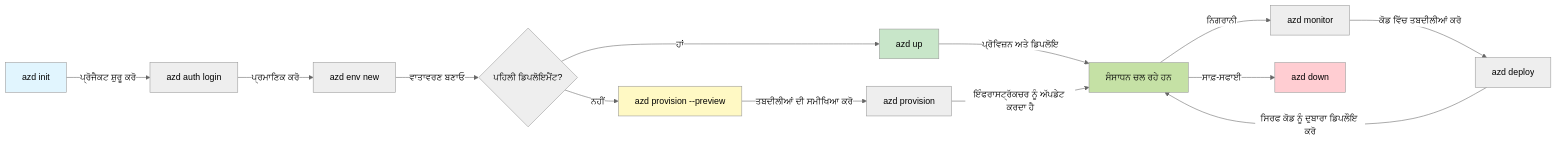
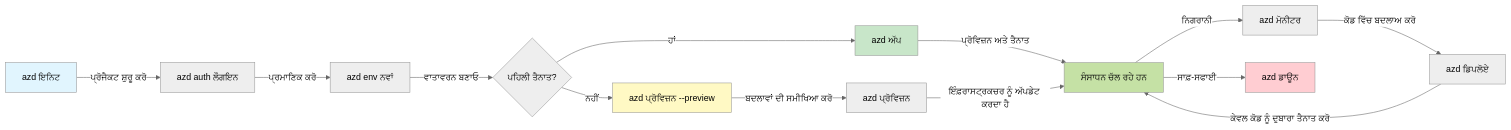
The first of 2 diagrams in translations/pa/docs/chapter-01-foundation/azd-basics.md (microsoft/AZD-for-beginners), drawn with Mermaid (neutral theme) before and after one commit. The commit also changed other lines of this file and 104 other files, not shown here.

````diff
--- a/translations/pa/docs/chapter-01-foundation/azd-basics.md
+++ b/translations/pa/docs/chapter-01-foundation/azd-basics.md
@@ -269,21 +269,21 @@
 ```mermaid
 graph LR
-    A[azd init] -->|ਪ੍ਰੋਜੈਕਟ ਸ਼ੁਰੂ ਕਰੋ| B[azd auth login]
-    B -->|ਪ੍ਰਮਾਣਿਕ ਕਰੋ| C[azd env new]
-    C -->|ਵਾਤਾਵਰਣ ਬਣਾਓ| D{ਪਹਿਲੀ ਡਿਪਲੋਇਮੈਂਟ?}
-    D -->|ਹਾਂ| E[azd up]
-    D -->|ਨਹੀਂ| F[azd provision --preview]
-    F -->|ਤਬਦੀਲੀਆਂ ਦੀ ਸਮੀਖਿਆ ਕਰੋ| G[azd provision]
-    E -->|ਪ੍ਰੋਵਿਜ਼ਨ ਅਤੇ ਡਿਪਲੋਇ| H[ਸੰਸਾਧਨ ਚਲ ਰਹੇ ਹਨ]
-    G -->|ਇੰਫਰਾਸਟ੍ਰੱਕਚਰ ਨੂੰ ਅੱਪਡੇਟ ਕਰਦਾ ਹੈ| H
-    H -->|ਨਿਗਰਾਨੀ| I[azd monitor]
-    I -->|ਕੋਡ ਵਿੱਚ ਤਬਦੀਲੀਆਂ ਕਰੋ| J[azd deploy]
-    J -->|ਸਿਰਫ ਕੋਡ ਨੂੰ ਦੁਬਾਰਾ ਡਿਪਲੌਇ ਕਰੋ| H
-    H -->|ਸਾਫ਼-ਸਫਾਈ| K[azd down]
+    A[azd ਇਨਿਟ] -->|ਪ੍ਰੋਜੈਕਟ ਸ਼ੁਰੂ ਕਰੋ| B[azd auth ਲੌਗਇਨ]
+    B -->|ਪ੍ਰਮਾਣਿਕ ਕਰੋ| C[azd env ਨਵਾਂ]
+    C -->|ਵਾਤਾਵਰਨ ਬਣਾਓ| D{ਪਹਿਲੀ ਤੈਨਾਤ?}
+    D -->|ਹਾਂ| E[azd ਅੱਪ]
+    D -->|ਨਹੀਂ| F[azd ਪ੍ਰੋਵਿਜ਼ਨ --preview]
+    F -->|ਬਦਲਾਵਾਂ ਦੀ ਸਮੀਖਿਆ ਕਰੋ| G[azd ਪ੍ਰੋਵਿਜ਼ਨ]
+    E -->|ਪ੍ਰੋਵਿਜ਼ਨ ਅਤੇ ਤੈਨਾਤ| H[ਸੰਸਾਧਨ ਚੱਲ ਰਹੇ ਹਨ]
+    G -->|ਇੰਫ਼ਰਾਸਟ੍ਰਕਚਰ ਨੂੰ ਅੱਪਡੇਟ ਕਰਦਾ ਹੈ| H
+    H -->|ਨਿਗਰਾਨੀ| I[azd ਮੋਨੀਟਰ]
+    I -->|ਕੋਡ ਵਿੱਚ ਬਦਲਾਅ ਕਰੋ| J[azd ਡਿਪਲੋਏ]
+    J -->|ਕੇਵਲ ਕੋਡ ਨੂੰ ਦੁਬਾਰਾ ਤੈਨਾਤ ਕਰੋ| H
+    H -->|ਸਾਫ਼-ਸਫਾਈ| K[azd ਡਾਊਨ]
     
     style A fill:#e1f5fe
     style E fill:#c8e6c9
     style F fill:#fff9c4
     style H fill:#c5e1a5
     style K fill:#ffcdd2
 ```
````
